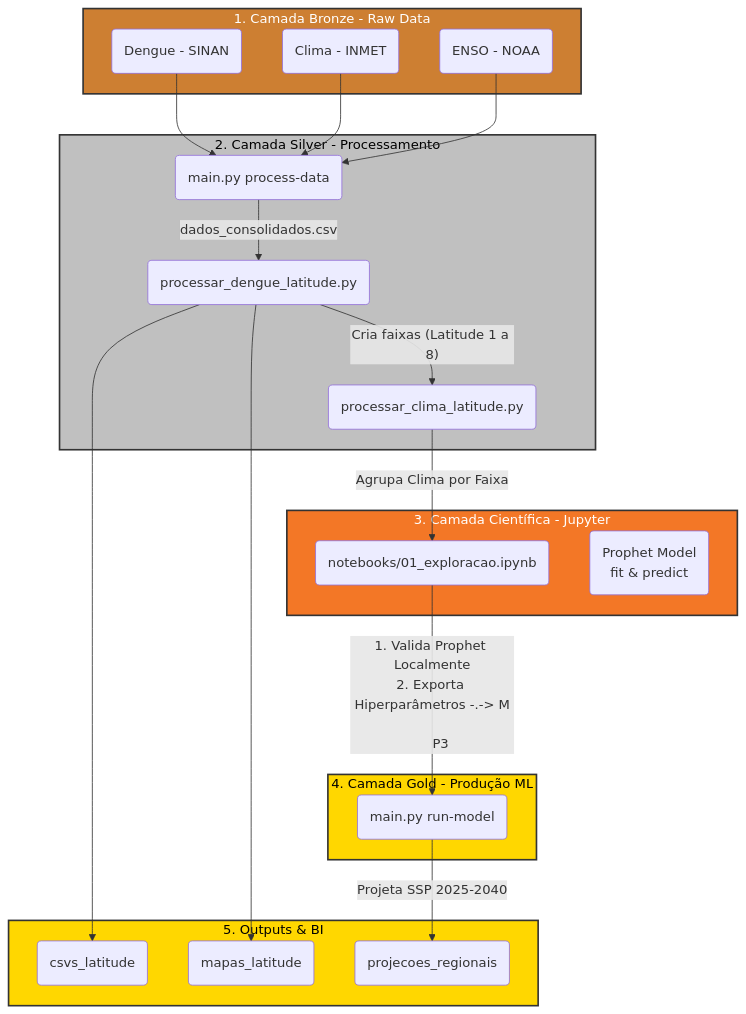
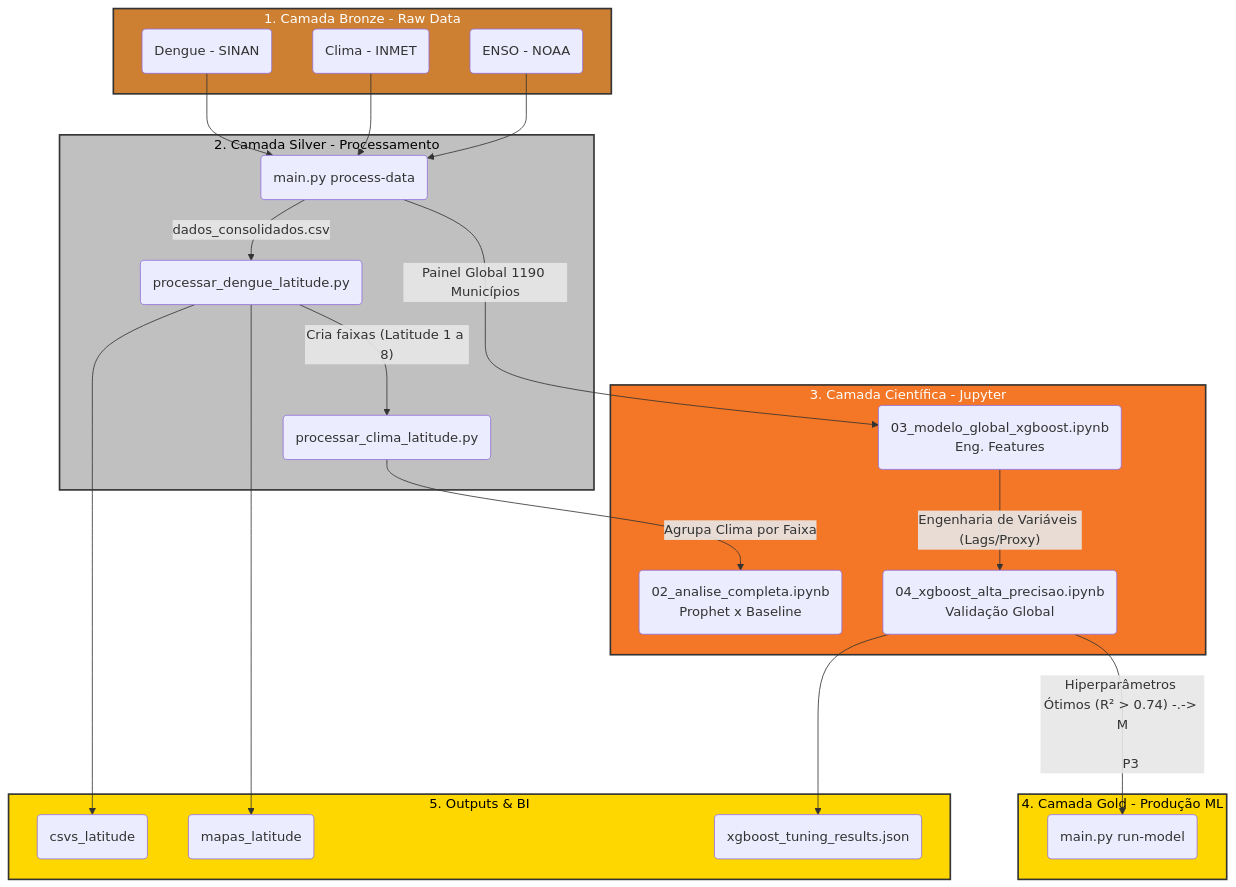
One commit to ruigabriel1/Projeto_Clima_X_Dengue changed the fourth of 4 diagrams in docs/MENTORIA_ENGENHARIA_DADOS.md. Above: the diagram before and after it, drawn with Mermaid. The commit also changed other lines of this file, not shown here.

Commit message:
docs: documenta modelo xgboost, resultados do r2 e proximos passos

````diff
--- a/docs/MENTORIA_ENGENHARIA_DADOS.md
+++ b/docs/MENTORIA_ENGENHARIA_DADOS.md
@@ -647,57 +683,63 @@
 ```mermaid
 flowchart TD
     %% Nós de Origem
     subgraph RawData[1. Camada Bronze - Raw Data]
         D(Dengue - SINAN)
         T(Clima - INMET)
         E(ENSO - NOAA)
     end
 
     %% Processamento
     subgraph Processing[2. Camada Silver - Processamento]
         P1(main.py process-data)
         P2(processar_dengue_latitude.py)
         P3(processar_clima_latitude.py)
     end
 
     %% Modelagem
     subgraph ML_Exploration[3. Camada Científica - Jupyter]
-        NB(notebooks/01_exploracao.ipynb)
-        PHT(Prophet Model\nfit & predict)
+        NB2(02_analise_completa.ipynb
+Prophet x Baseline)
+        NB3(03_modelo_global_xgboost.ipynb
+Eng. Features)
+        NB4(04_xgboost_alta_precisao.ipynb
+Validação Global)
     end
     
     subgraph ML_Production[4. Camada Gold - Produção ML]
         M(main.py run-model)
     end
 
     %% Outputs
     subgraph Delivery[5. Outputs & BI]
         CSV(csvs_latitude)
         MAP(mapas_latitude)
-        PROJ(projecoes_regionais)
+        JSON(xgboost_tuning_results.json)
     end
 
     %% Fluxo de Dados
     D & T & E --> P1
     P1 -- "dados_consolidados.csv" --> P2
     P2 -- "Cria faixas (Latitude 1 a 8)" --> P3
-    P3 -- "Agrupa Clima por Faixa" --> NB
+    P3 -- "Agrupa Clima por Faixa" --> NB2
+    P1 -- "Painel Global 1190 Municípios" --> NB3
+    NB3 -- "Engenharia de Variáveis (Lags/Proxy)" --> NB4
     
-    NB -- "1. Valida Prophet Localmente\n2. Exporta Hiperparâmetros" -.-> M
+    NB4 -- "Hiperparâmetros Ótimos (R² > 0.74)" -.-> M
     
     P3 --> M
     P2 --> MAP
     P2 --> CSV
-    M -- "Projeta SSP 2025-2040" --> PROJ
+    NB4 --> JSON
 
     %% Estilos
     classDef bronze fill:#cd7f32,stroke:#333,stroke-width:2px,color:#fff;
     classDef silver fill:#c0c0c0,stroke:#333,stroke-width:2px,color:#000;
     classDef gold fill:#ffd700,stroke:#333,stroke-width:2px,color:#000;
     classDef jupyter fill:#f37726,stroke:#333,stroke-width:2px,color:#fff;
     
     class RawData bronze;
     class Processing silver;
     class ML_Production,Delivery gold;
     class ML_Exploration jupyter;
 ```
````
